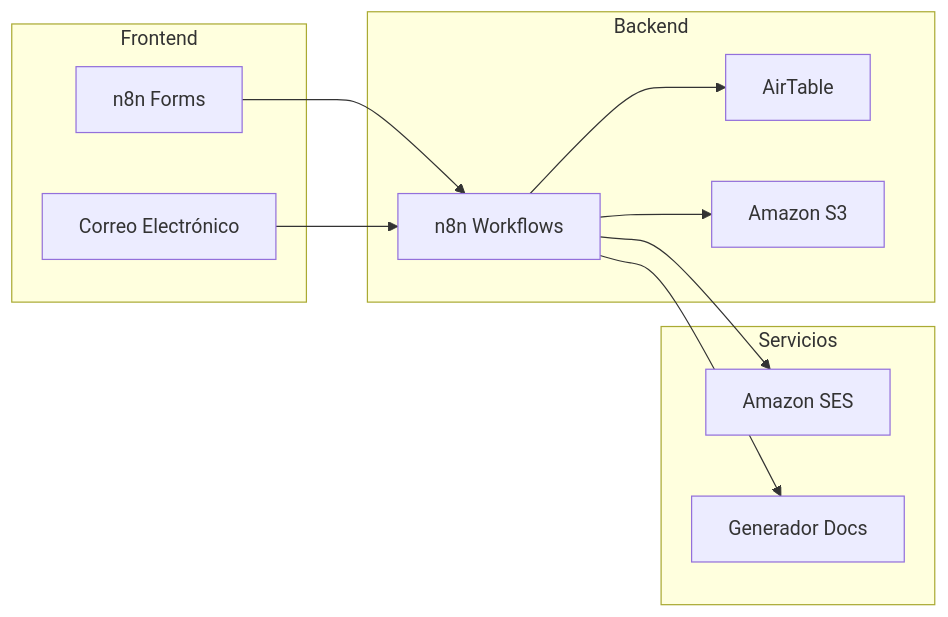
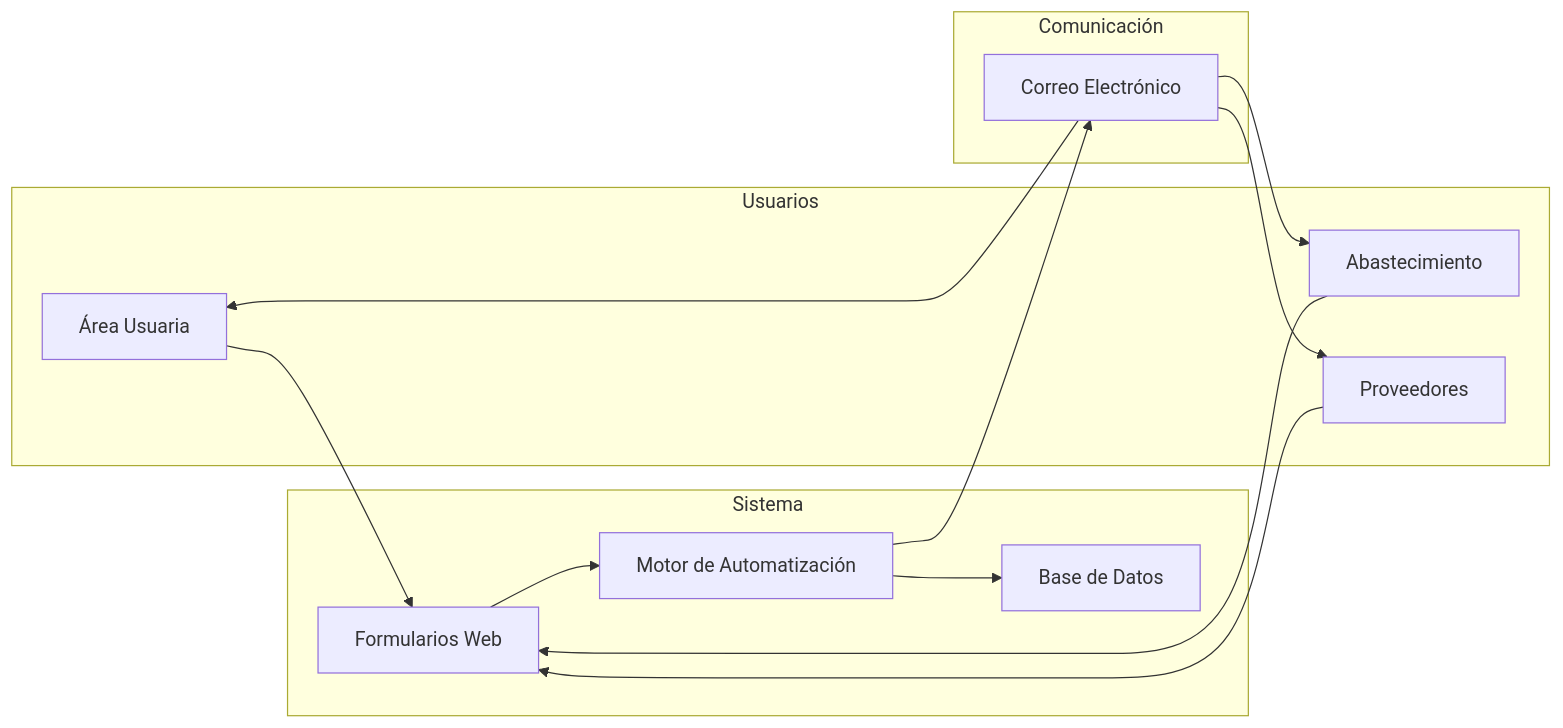
Before and after one commit to lfam200/WorkFlow-n8n: the first of 16 diagrams in README.md, drawn with Mermaid. The commit also changed other lines of this file, not shown here.

````diff
--- a/README.md
+++ b/README.md
@@ -44,25 +50,28 @@
 ```mermaid
 graph LR
-    subgraph "Frontend"
-        A[n8n Forms] 
-        B[Correo Electrónico]
+    subgraph "Usuarios"
+        A[Área Usuaria]
+        B[Abastecimiento]
+        C[Proveedores]
     end
     
-    subgraph "Backend"
-        C[n8n Workflows]
-        D[AirTable]
-        E[Amazon S3]
+    subgraph "Sistema"
+        D[Formularios Web]
+        E[Motor de Automatización]
+        F[Base de Datos]
     end
     
-    subgraph "Servicios"
-        F[Amazon SES]
-        G[Generador Docs]
+    subgraph "Comunicación"
+        G[Correo Electrónico]
     end
     
-    A --> C
-    B --> C
+    A --> D
+    B --> D
     C --> D
-    C --> E
-    C --> F
-    C --> G
+    D --> E
+    E --> F
+    E --> G
+    G --> A
+    G --> B
+    G --> C
 ```
````
